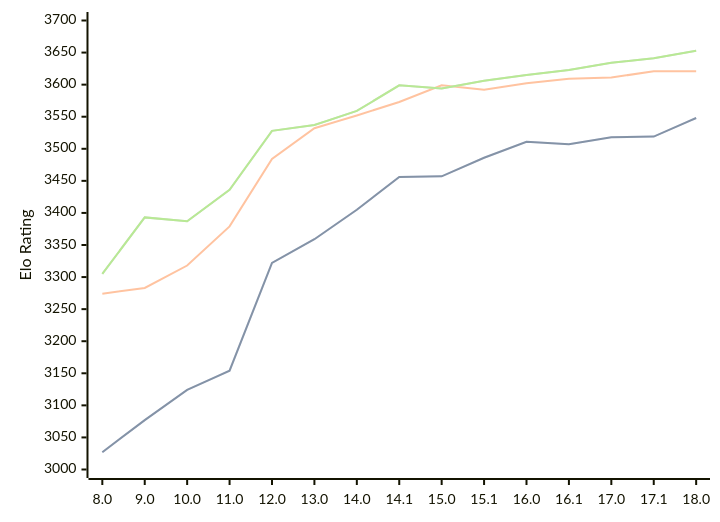
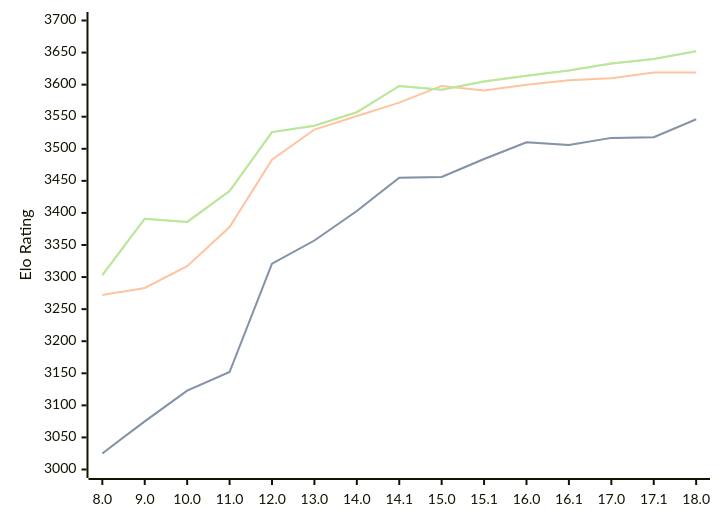
Before and after one commit to computer-chess-index/cci: the diagram in engines/Stockfish.md, drawn with Mermaid. The commit also changed other lines of this file, not shown here.

Commit message:
Update CCI Ratings (ELO VLTC) - 2026-04-26

````diff
--- a/engines/Stockfish.md
+++ b/engines/Stockfish.md
@@ -46,11 +46,11 @@
 ```mermaid
 %%{init: {"theme":"base","themeVariables":{"seriesColors:['#a3a3a3','#222221','#faa371']}}}%%
 xychart-beta
   x-axis ["8.0", "9.0", "10.0", "11.0", "12.0", "13.0", "14.0", "14.1", "15.0", "15.1", "16.0", "16.1", "17.0", "17.1", "18.0"]
   y-axis "Elo Rating" 3000 --> 3700
-  line "STC (8.0+0.08s)" [3027, 3077, 3124, 3154, 3322, 3359, 3405, 3456, 3457, 3486, 3511, 3507, 3518, 3519, 3548]
-  line "STC (8.0+0.08s)" [3027, 3077, 3124, 3154, 3322, 3359, 3405, 3456, 3457, 3486, 3511, 3507, 3518, 3519, 3548]
-  line "LTC (60.0+0.60s)" [3274, 3283, 3318, 3379, 3484, 3532, 3552, 3573, 3599, 3592, 3602, 3609, 3611, 3621, 3621]
-  line "VLTC (2m24s+1.12s)" [3305, 3393, 3387, 3436, 3528, 3537, 3559, 3599, 3594, 3606, 3615, 3623, 3634, 3641, 3653]
-  line "VLTC (2m24s+1.12s)" [3305, 3393, 3387, 3436, 3528, 3537, 3559, 3599, 3594, 3606, 3615, 3623, 3634, 3641, 3653]
+  line "STC (8.0+0.08s)" [3025, 3075, 3123, 3152, 3321, 3357, 3403, 3455, 3456, 3484, 3510, 3506, 3517, 3518, 3546]
+  line "STC (8.0+0.08s)" [3025, 3075, 3123, 3152, 3321, 3357, 3403, 3455, 3456, 3484, 3510, 3506, 3517, 3518, 3546]
+  line "LTC (60.0+0.60s)" [3272, 3283, 3317, 3378, 3483, 3530, 3551, 3572, 3598, 3591, 3600, 3607, 3610, 3619, 3619]
+  line "VLTC (2m24s+1.12s)" [3303, 3391, 3386, 3434, 3526, 3536, 3557, 3598, 3592, 3605, 3614, 3622, 3633, 3640, 3652]
+  line "VLTC (2m24s+1.12s)" [3303, 3391, 3386, 3434, 3526, 3536, 3557, 3598, 3592, 3605, 3614, 3622, 3633, 3640, 3652]
 ```
````
